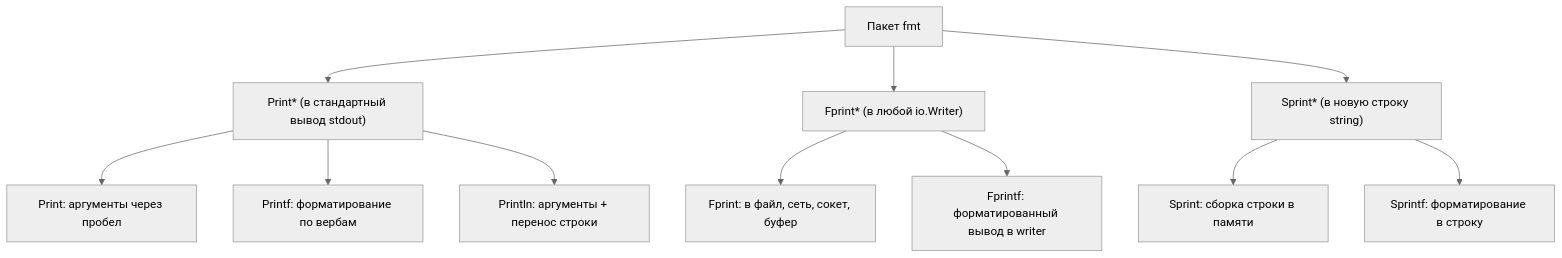
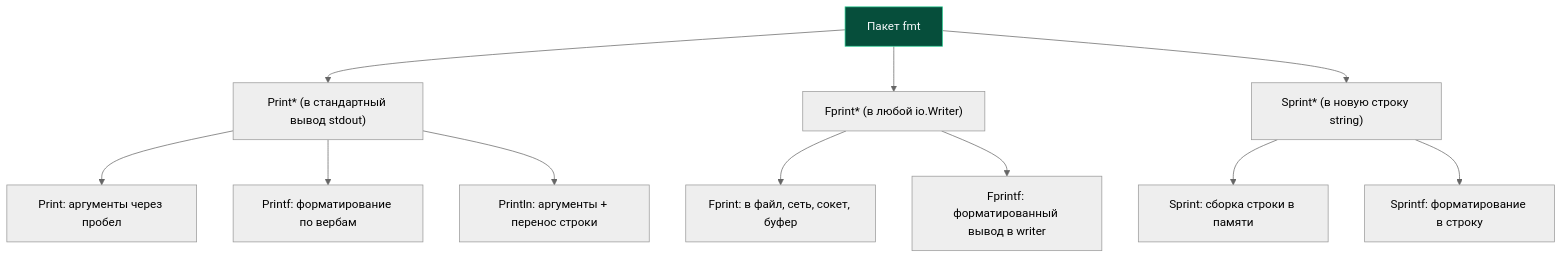
The first of 2 diagrams in sources/6. Стандартная библиотека Go/2. fmt. Форматированный вывод и форматирование строк.md (UnrealTemplier/go-textbook), drawn with Mermaid (neutral theme) before and after one commit. The commit also changed other lines of this file and 1666 other files, not shown here.

First line of the commit message:
feat(mermaid): add semantic color classDef to 1369 colorless flowchart/graph diagrams

````diff
--- a/sources/6. Стандартная библиотека Go/2. fmt. Форматированный вывод и форматирование строк.md
+++ b/sources/6. Стандартная библиотека Go/2. fmt. Форматированный вывод и форматирование строк.md
@@ -61,16 +61,26 @@
 ```mermaid
 flowchart TD
-    Root["Пакет fmt"] --> P["Print* (в стандартный вывод stdout)"]
+    classDef process  fill:#1e293b,stroke:#38bdf8,stroke-width:1px,color:#f8fafc
+    classDef success  fill:#064e3b,stroke:#34d399,stroke-width:1px,color:#f8fafc
+    classDef error    fill:#7f1d1d,stroke:#f87171,stroke-width:1px,color:#f8fafc
+    classDef warning  fill:#78350f,stroke:#fbbf24,stroke-width:1px,color:#f8fafc
+    classDef entry    fill:#1e3a5f,stroke:#38bdf8,stroke-width:2px,color:#f8fafc
+    classDef aux      fill:#334155,stroke:#64748b,stroke-width:1px,color:#f8fafc
+    classDef system   fill:#312e81,stroke:#a78bfa,stroke-width:1px,color:#f8fafc
+    classDef data     fill:#132d29,stroke:#2dd4bf,stroke-width:1px,color:#f8fafc
+    classDef network  fill:#881337,stroke:#fb7185,stroke-width:1px,color:#f8fafc
+    classDef accent   fill:#1e1b4b,stroke:#818cf8,stroke-width:1px,color:#f8fafc
+    Root["Пакет fmt"]:::success --> P["Print* (в стандартный вывод stdout)"]
     Root --> F["Fprint* (в любой io.Writer)"]
     Root --> S["Sprint* (в новую строку string)"]
     
     P --> P1["Print: аргументы через пробел"]
     P --> P2["Printf: форматирование по вербам"]
     P --> P3["Println: аргументы + перенос строки"]
     
     F --> F1["Fprint: в файл, сеть, сокет, буфер"]
     F --> F2["Fprintf: форматированный вывод в writer"]
     
     S --> S1["Sprint: сборка строки в памяти"]
     S --> S2["Sprintf: форматирование в строку"]
 ```
````
